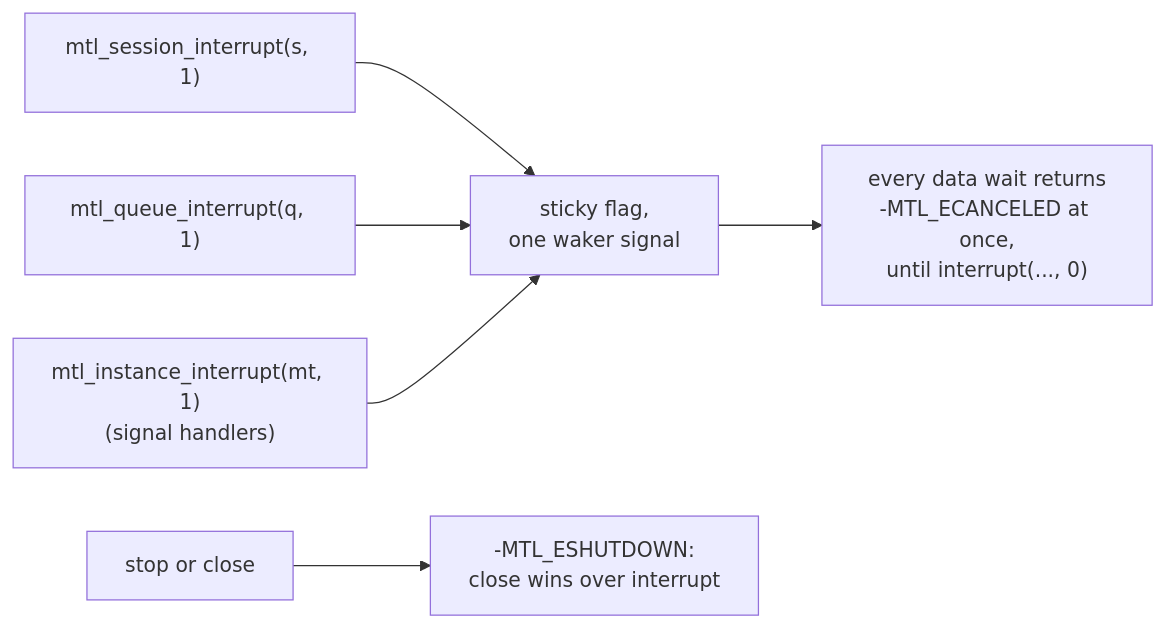
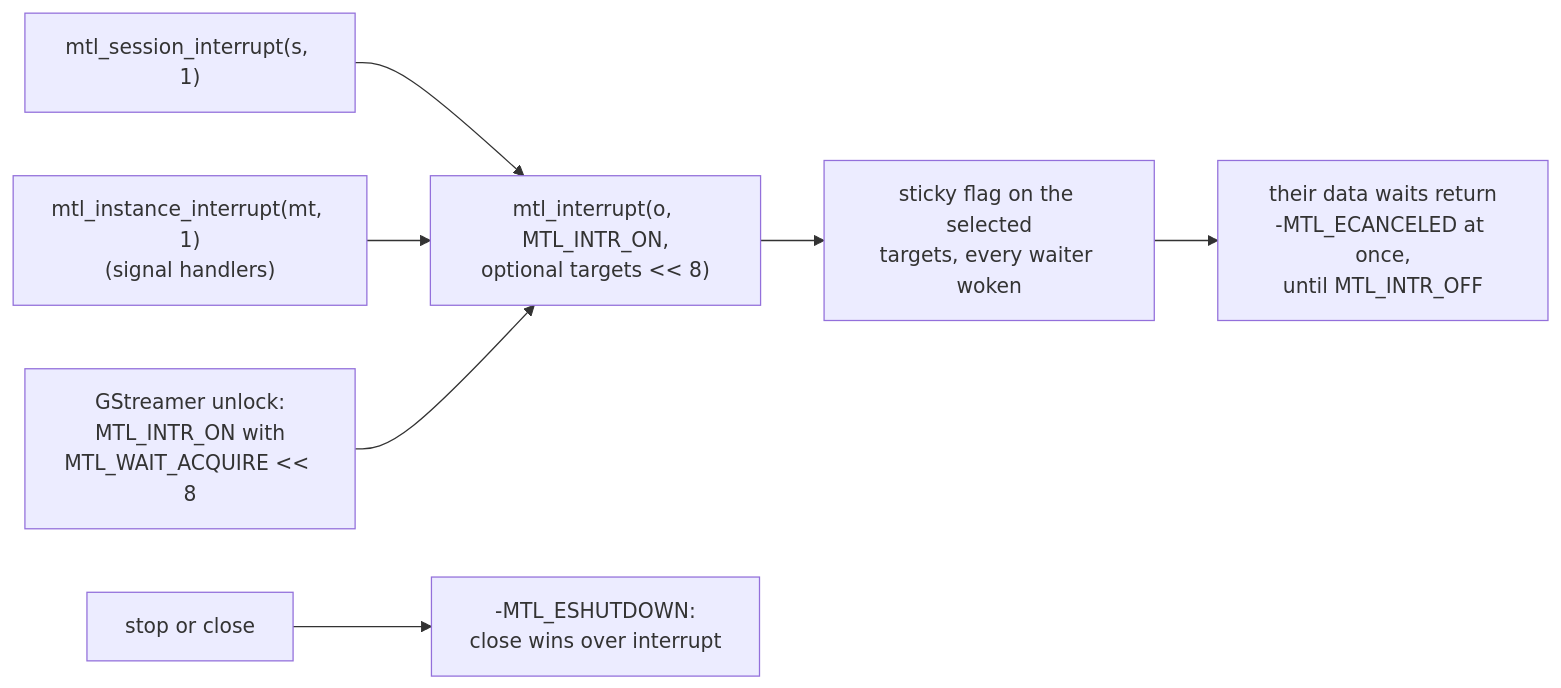
Before and after one commit to Sakoram/Media-Transport-Library: diagram 37 of 56 in doc/unified-api/diagrams.md, drawn with Mermaid. The commit also changed other lines of this file and 56 other files, not shown here.

````diff
--- a/doc/unified-api/diagrams.md
+++ b/doc/unified-api/diagrams.md
@@ -899,8 +1006,9 @@
 ```mermaid
 flowchart LR
-    S["mtl_session_interrupt(s, 1)"] --> F["sticky flag,<br/>one waker signal"]
-    QI["mtl_queue_interrupt(q, 1)"] --> F
-    I["mtl_instance_interrupt(mt, 1)<br/>(signal handlers)"] --> F
-    F --> W["every data wait returns<br/>-MTL_ECANCELED at once,<br/>until interrupt(..., 0)"]
+    S["mtl_session_interrupt(s, 1)"] --> G["mtl_interrupt(o, MTL_INTR_ON,<br/>optional targets << 8)"]
+    I["mtl_instance_interrupt(mt, 1)<br/>(signal handlers)"] --> G
+    T["GStreamer unlock:<br/>MTL_INTR_ON with<br/>MTL_WAIT_ACQUIRE << 8"] --> G
+    G --> F["sticky flag on the selected<br/>targets, every waiter woken"]
+    F --> W["their data waits return<br/>-MTL_ECANCELED at once,<br/>until MTL_INTR_OFF"]
     C["stop or close"] --> X["-MTL_ESHUTDOWN:<br/>close wins over interrupt"]
 ```
````
